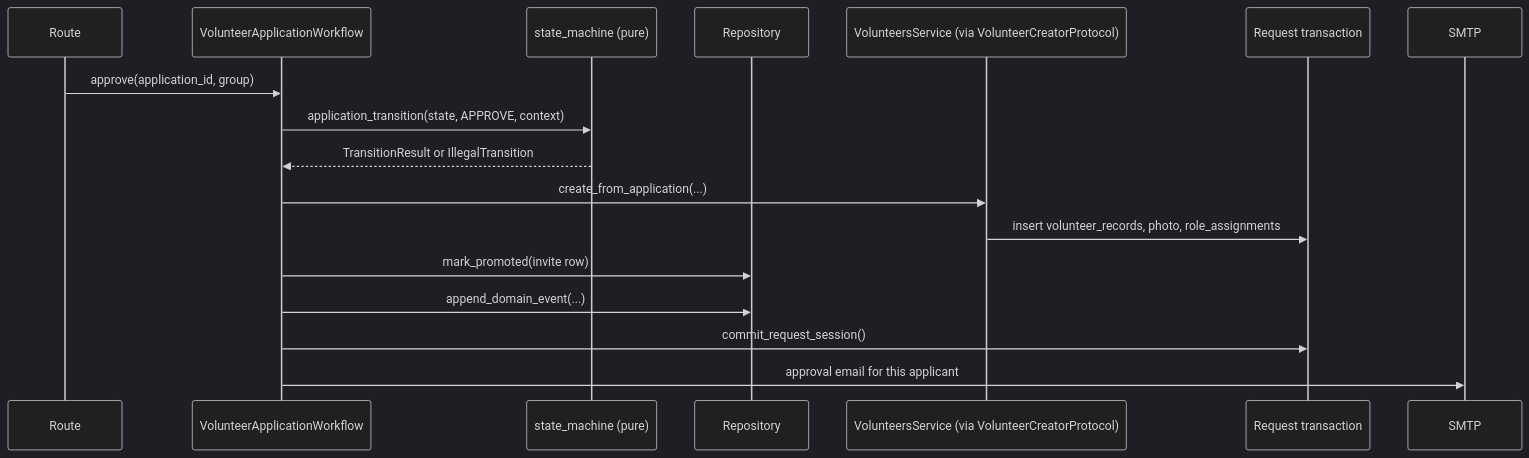
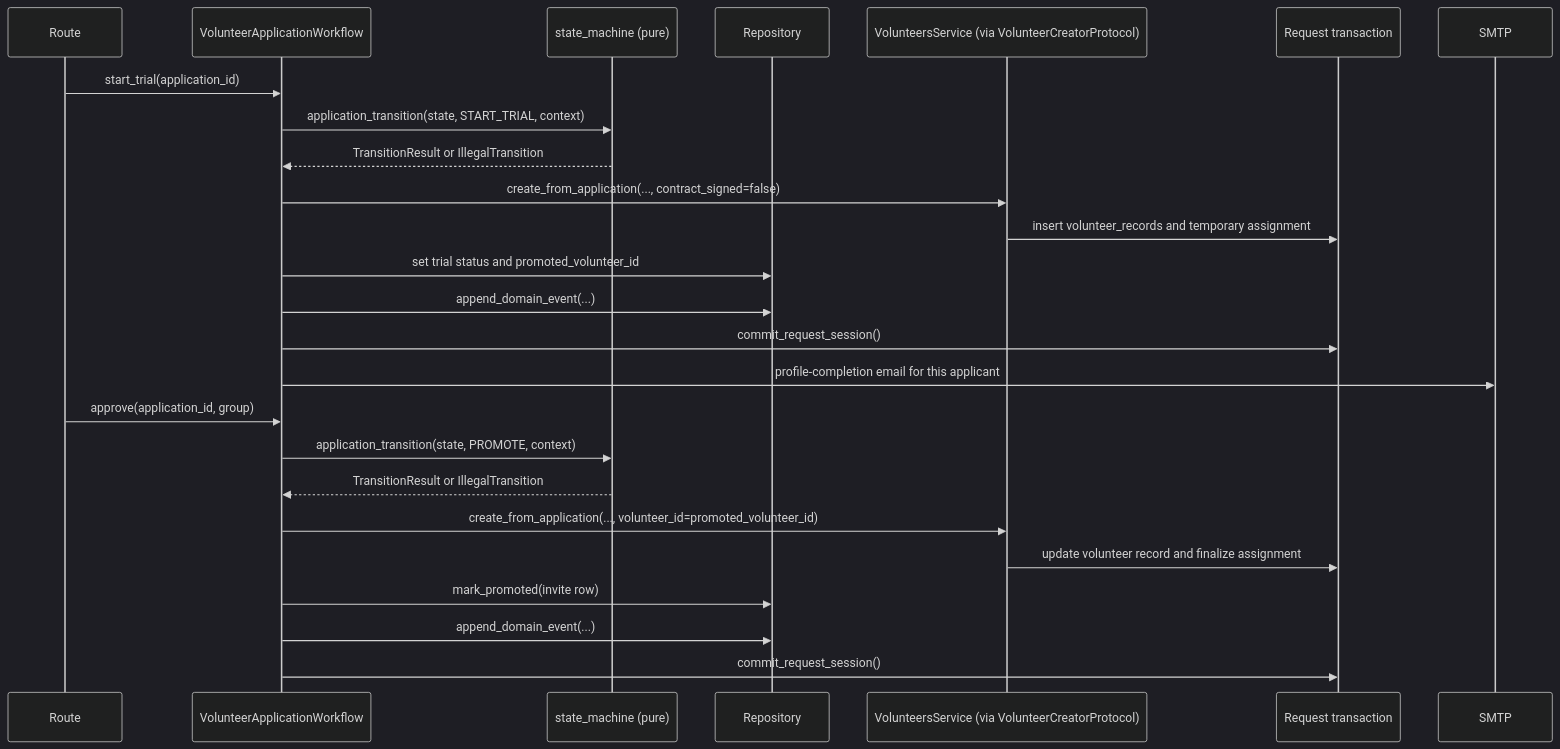
The second of 2 diagrams in docs/explanation/volunteer-application-lifecycle.md (kvarteret/kvarteret-personal), drawn with Mermaid (dark theme) before and after one commit. The commit also changed other lines of this file and 10 other files, not shown here.

Commit message:
Provision volunteer IDs during trial (#57)

````diff
--- a/docs/explanation/volunteer-application-lifecycle.md
+++ b/docs/explanation/volunteer-application-lifecycle.md
@@ -63,20 +63,29 @@
 ```mermaid
 sequenceDiagram
     participant R as Route
     participant W as VolunteerApplicationWorkflow
     participant SM as state_machine (pure)
     participant Repo as Repository
     participant V as VolunteersService (via VolunteerCreatorProtocol)
     participant DB as Request transaction
     participant SMTP as SMTP
 
+    R->>W: start_trial(application_id)
+    W->>SM: application_transition(state, START_TRIAL, context)
+    SM-->>W: TransitionResult or IllegalTransition
+    W->>V: create_from_application(..., contract_signed=false)
+    V->>DB: insert volunteer_records and temporary assignment
+    W->>Repo: set trial status and promoted_volunteer_id
+    W->>Repo: append_domain_event(...)
+    W->>DB: commit_request_session()
+    W->>SMTP: profile-completion email for this applicant
+
     R->>W: approve(application_id, group)
-    W->>SM: application_transition(state, APPROVE, context)
+    W->>SM: application_transition(state, PROMOTE, context)
     SM-->>W: TransitionResult or IllegalTransition
-    W->>V: create_from_application(...)
-    V->>DB: insert volunteer_records, photo, role_assignments
+    W->>V: create_from_application(..., volunteer_id=promoted_volunteer_id)
+    V->>DB: update volunteer record and finalize assignment
     W->>Repo: mark_promoted(invite row)
     W->>Repo: append_domain_event(...)
     W->>DB: commit_request_session()
-    W->>SMTP: approval email for this applicant
 ```
````
